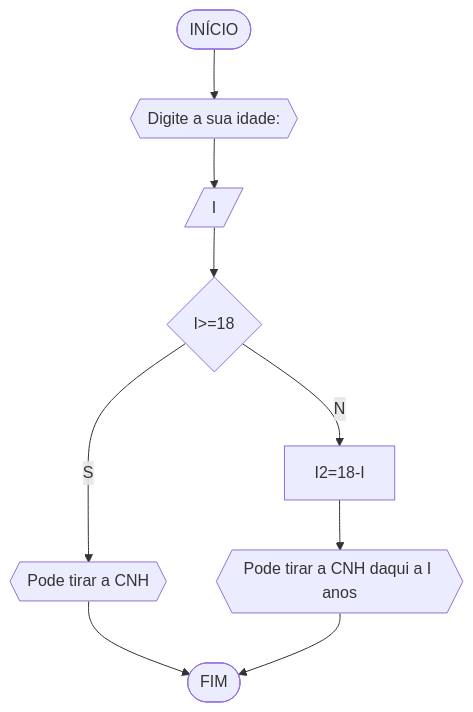
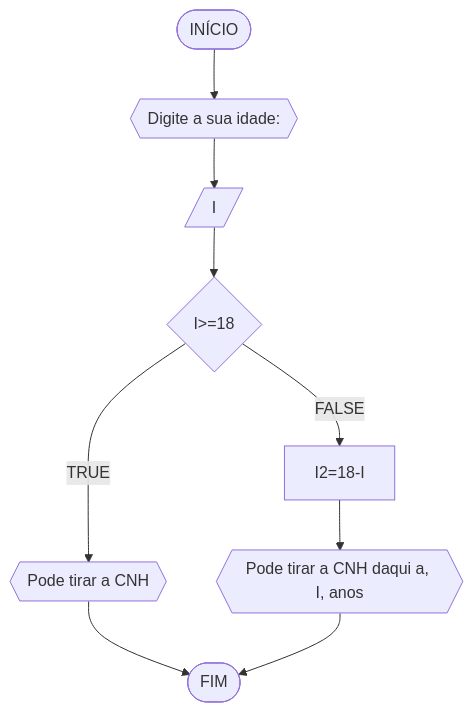
The fourth of 4 diagrams in RLA/unidade1/lista1.md (clara-paterno/unifor), drawn with Mermaid before and after one commit. The commit also changed other lines of this file, not shown here.

````diff
--- a/RLA/unidade1/lista1.md
+++ b/RLA/unidade1/lista1.md
@@ -156,11 +150,11 @@
 ```mermaid
 flowchart TB
 A([INÍCIO]) --> B{{Digite a sua idade: }}
 B --> C[/I/] 
 C --> D{I>=18}
-D--S--> E{{Pode tirar a CNH}}
-D --N--> F[I2=18-I]
-F --> G{{Pode tirar a CNH daqui a I anos}}
+D--TRUE--> E{{Pode tirar a CNH}}
+D --FALSE--> F[I2=18-I]
+F --> G{{Pode tirar a CNH daqui a, I, anos}}
 E--> I([FIM])
 G --> I
 ```
````
